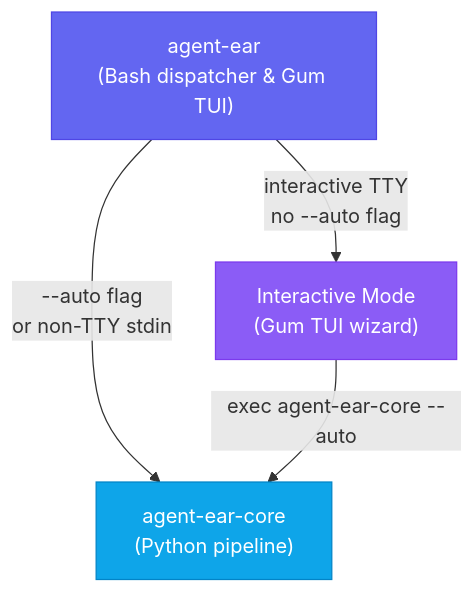
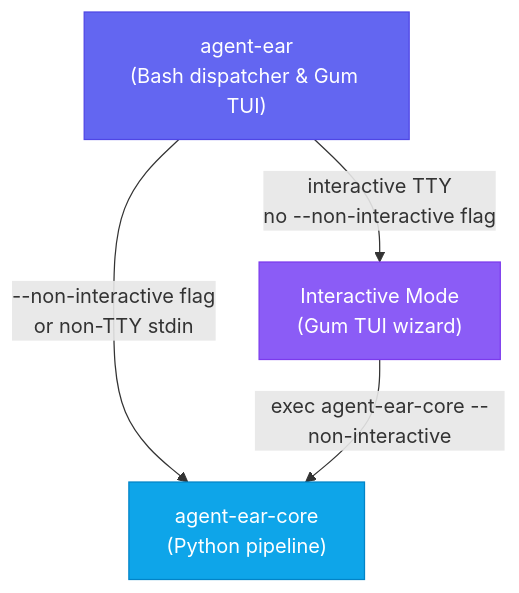
The first of 6 diagrams in docs/explanation/architecture.md (Aurelian-Shuttleworth/agent-ear), drawn with Mermaid before and after one commit. The commit also changed other lines of this file and 28 other files, not shown here.

First line of the commit message:
refactor: rename --auto to --non-interactive + enhance TTY detection

````diff
--- a/docs/explanation/architecture.md
+++ b/docs/explanation/architecture.md
@@ -8,10 +8,10 @@
 ```mermaid
 graph TD
-    A["agent-ear<br/>(Bash dispatcher & Gum TUI)"] -->|"--auto flag<br/>or non-TTY stdin"| B["agent-ear-core<br/>(Python pipeline)"]
-    A -->|"interactive TTY<br/>no --auto flag"| A_TUI["Interactive Mode<br/>(Gum TUI wizard)"]
-    A_TUI -->|"exec agent-ear-core --auto"| B
+    A["agent-ear<br/>(Bash dispatcher & Gum TUI)"] -->|"--non-interactive flag<br/>or non-TTY stdin"| B["agent-ear-core<br/>(Python pipeline)"]
+    A -->|"interactive TTY<br/>no --non-interactive flag"| A_TUI["Interactive Mode<br/>(Gum TUI wizard)"]
+    A_TUI -->|"exec agent-ear-core --non-interactive"| B
 
     style A fill:#6366f1,stroke:#4f46e5,color:#fff
     style A_TUI fill:#8b5cf6,stroke:#7c3aed,color:#fff
     style B fill:#0ea5e9,stroke:#0284c7,color:#fff
 ```
````
